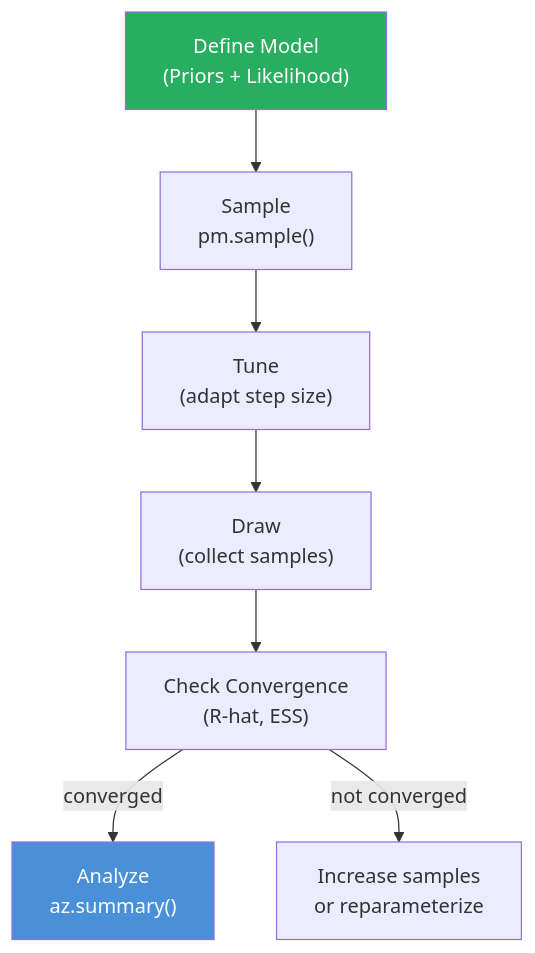
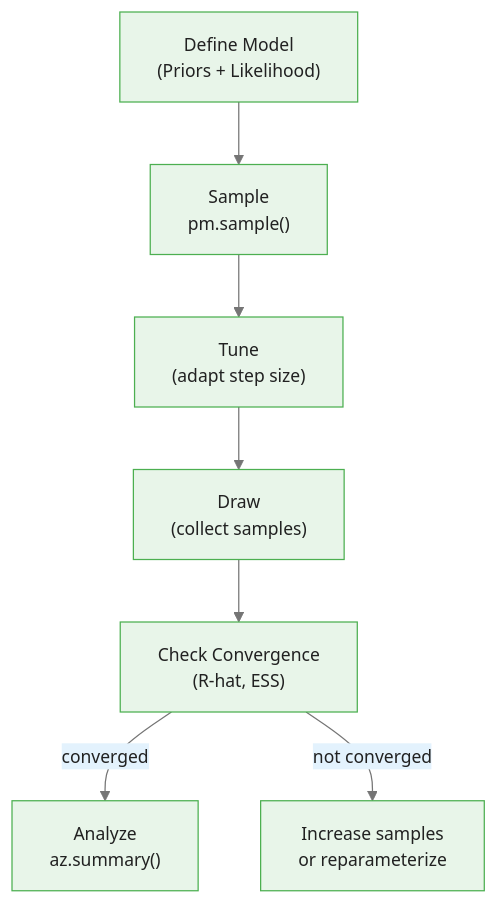
One commit to m-deane/course-creator changed the third of 4 diagrams in courses/bayesian-commodity-forecasting/modules/module_01_bayesian_fundamentals/guides/01_bayes_theorem_slides.md. Above: the diagram before and after it, drawn with Mermaid. The commit also changed other lines of this file and 104 other files, not shown here.

````diff
--- a/courses/bayesian-commodity-forecasting/modules/module_01_bayesian_fundamentals/guides/01_bayes_theorem_slides.md
+++ b/courses/bayesian-commodity-forecasting/modules/module_01_bayesian_fundamentals/guides/01_bayes_theorem_slides.md
@@ -234,11 +246,10 @@
 ```mermaid
+%%{init: {"theme": "base", "themeVariables": {"primaryColor": "#e8f5e9", "primaryBorderColor": "#4caf50", "primaryTextColor": "#212121", "secondaryColor": "#e3f2fd", "tertiaryColor": "#fff8e1", "lineColor": "#757575", "fontFamily": "Inter, sans-serif", "fontSize": "14px"}}}%%
 flowchart TD
     M["Define Model\n(Priors + Likelihood)"] --> S["Sample\npm.sample()"]
     S --> T["Tune\n(adapt step size)"]
     T --> D["Draw\n(collect samples)"]
     D --> C["Check Convergence\n(R-hat, ESS)"]
     C -->|"converged"| A["Analyze\naz.summary()"]
     C -->|"not converged"| S2["Increase samples\nor reparameterize"]
-    style M fill:#27ae60,color:#fff
-    style A fill:#4a90d9,color:#fff
 ```
````
